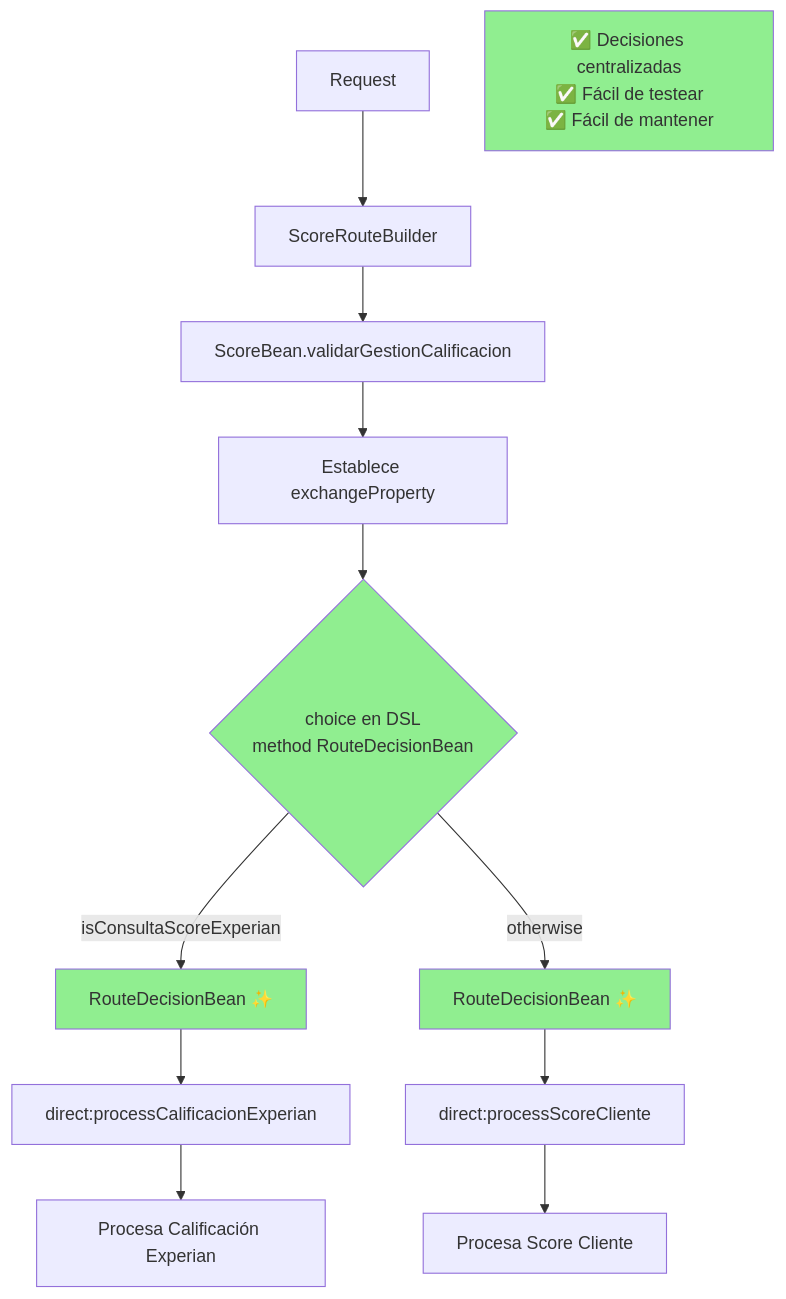
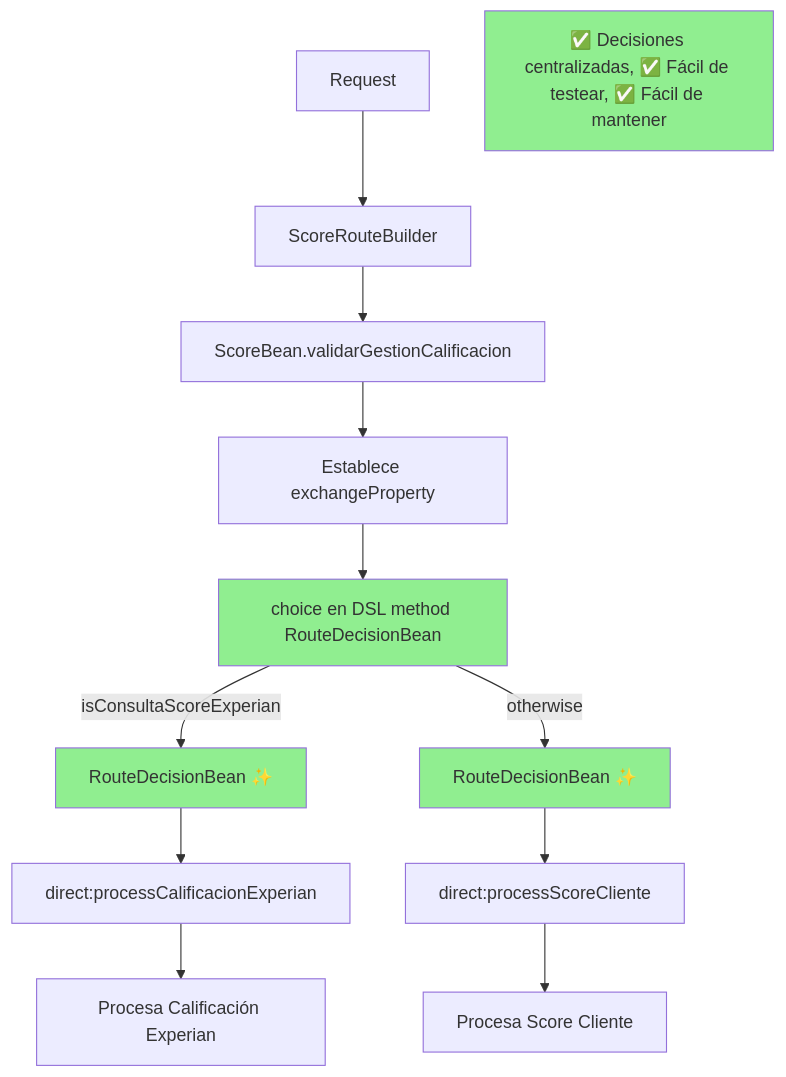
Before and after one commit to rrondinel/documents: diagram 17 of 27 in DIAGRAMAS_MERMAID_COMPARATIVOS.md, drawn with Mermaid. The commit also changed other lines of this file, not shown here.

````diff
--- a/DIAGRAMAS_MERMAID_COMPARATIVOS.md
+++ b/DIAGRAMAS_MERMAID_COMPARATIVOS.md
@@ -702,22 +702,22 @@
 ```mermaid
 graph TD
     A[Request] --> B[ScoreRouteBuilder]
     B --> C[ScoreBean.validarGestionCalificacion]
     C --> D[Establece exchangeProperty]
-    D --> E{choice en DSL<br/>method RouteDecisionBean}
+    D --> E["choice en DSL method RouteDecisionBean"]
     
     E -->|isConsultaScoreExperian| F[RouteDecisionBean ✨]
     E -->|otherwise| G[RouteDecisionBean ✨]
     
     F --> H[direct:processCalificacionExperian]
     G --> I[direct:processScoreCliente]
     
     H --> J[Procesa Calificación Experian]
     I --> K[Procesa Score Cliente]
     
     style E fill:#90EE90
     style F fill:#90EE90
     style G fill:#90EE90
-    Note2[✅ Decisiones centralizadas<br/>✅ Fácil de testear<br/>✅ Fácil de mantener]
+    Note2["✅ Decisiones centralizadas, ✅ Fácil de testear, ✅ Fácil de mantener"]
     style Note2 fill:#90EE90
 ```
````
